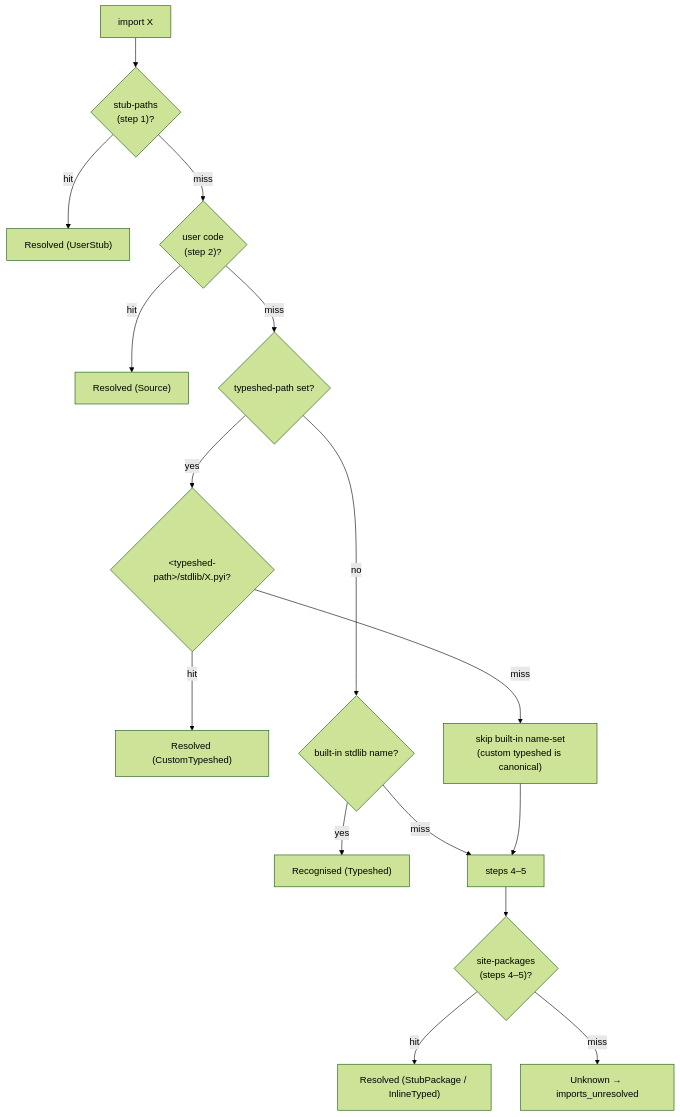
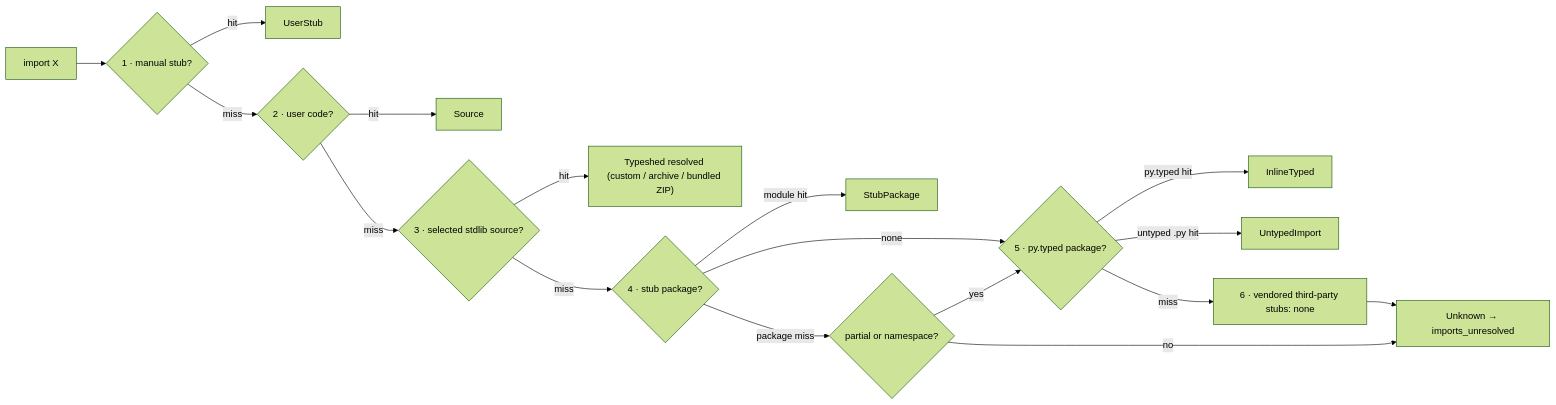
The diagram in docs/specs/CHECKER-STUB-RESOLUTION-SPEC.md (Nimblesite/Basilisk), drawn with Mermaid (forest theme) before and after one commit. The commit also changed other lines of this file and 332 other files, not shown here.

````diff
--- a/docs/specs/CHECKER-STUB-RESOLUTION-SPEC.md
+++ b/docs/specs/CHECKER-STUB-RESOLUTION-SPEC.md
@@ -124,18 +169,19 @@
 ```mermaid
-flowchart TB
-    A["import X"] --> B{"stub-paths<br/>(step 1)?"}
-    B -- hit --> Z["Resolved (UserStub)"]
-    B -- miss --> C{"user code<br/>(step 2)?"}
-    C -- hit --> Z2["Resolved (Source)"]
-    C -- miss --> D{"typeshed-path set?"}
-    D -- yes --> E{"&lt;typeshed-path&gt;/stdlib/X.pyi?"}
-    E -- hit --> Z3["Resolved (CustomTypeshed)"]
-    E -- miss --> G["skip built-in name-set<br/>(custom typeshed is canonical)"]
-    D -- no --> F{"built-in stdlib name?"}
-    F -- yes --> Z4["Recognised (Typeshed)"]
-    F -- miss --> G2["steps 4–5"]
-    G --> G2
-    G2 --> H{"site-packages<br/>(steps 4–5)?"}
-    H -- hit --> Z5["Resolved (StubPackage / InlineTyped)"]
-    H -- miss --> U["Unknown → imports_unresolved"]
+flowchart LR
+    A["import X"] --> S1{"1 · manual stub?"}
+    S1 -- hit --> R1["UserStub"]
+    S1 -- miss --> S2{"2 · user code?"}
+    S2 -- hit --> R2["Source"]
+    S2 -- miss --> S3{"3 · selected stdlib source?"}
+    S3 -- hit --> R3["Typeshed resolved (custom / archive / bundled ZIP)"]
+    S3 -- miss --> S4{"4 · stub package?"}
+    S4 -- module hit --> R4["StubPackage"]
+    S4 -- none --> S5{"5 · py.typed package?"}
+    S4 -- package miss --> P4{"partial or namespace?"}
+    P4 -- yes --> S5
+    P4 -- no --> U
+    S5 -- py.typed hit --> R5["InlineTyped"]
+    S5 -- untyped .py hit --> R5U["UntypedImport"]
+    S5 -- miss --> S6["6 · vendored third-party stubs: none"]
+    S6 --> U["Unknown → imports_unresolved"]
 ```
````
